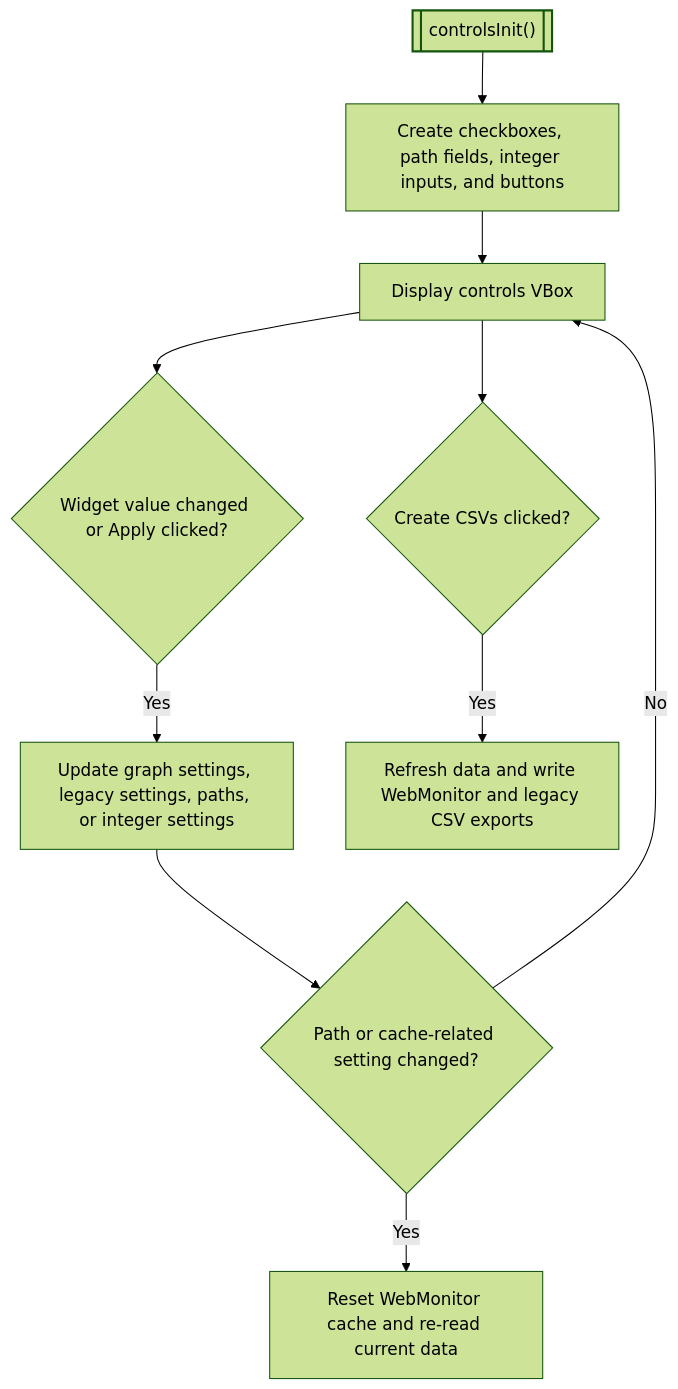
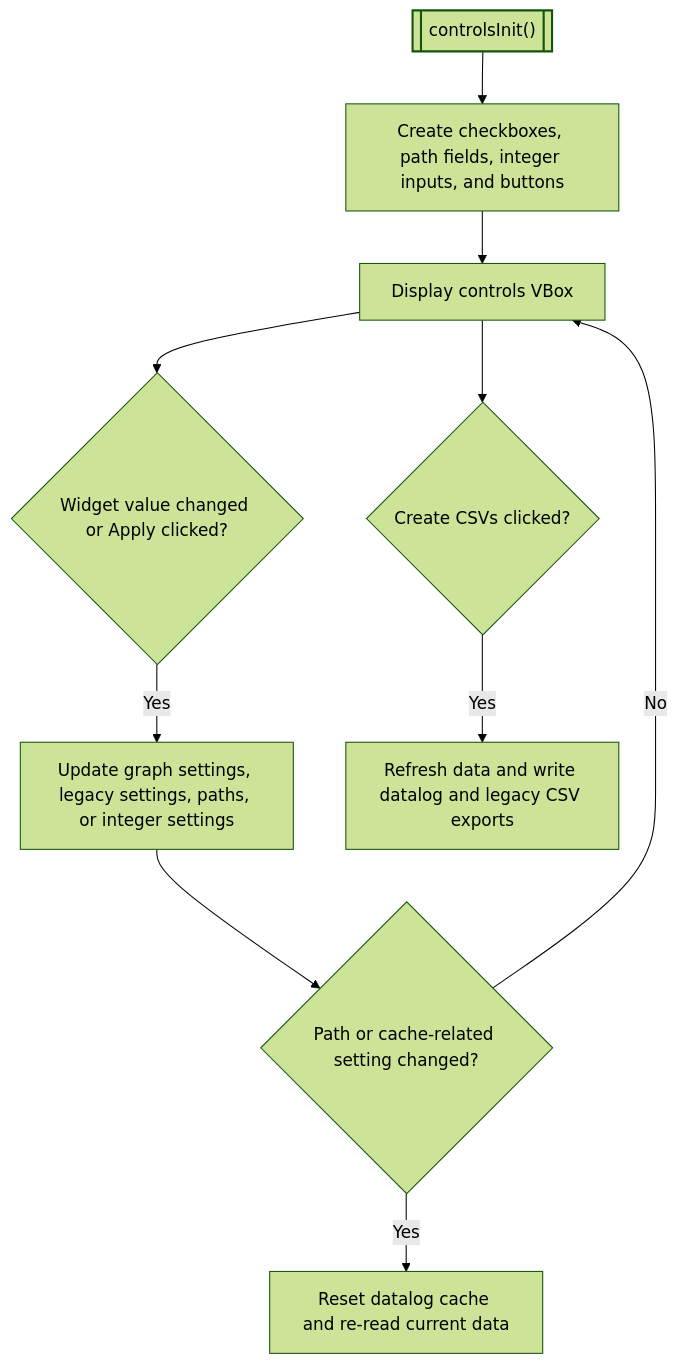
The third of 4 diagrams in README.md (uw-loci/cbmark_logger), drawn with Mermaid (forest theme) before and after one commit. The commit also changed other lines of this file and 2 other files, not shown here.

Commit message:
Changed all webmonitor references to be datalog references

````diff
--- a/README.md
+++ b/README.md
@@ -271,29 +271,29 @@
 ```mermaid
 flowchart TD
     
     ControlsTitle[["controlsInit()"]]
     BuildControls[Create checkboxes, path fields, integer inputs, and buttons]
     WidgetChange{Widget value changed or Apply clicked?}
     UpdateSettings[Update graph settings, legacy settings, paths, or integer settings]
     NeedsReload{Path or cache-related setting changed?}
-    ReRead[Reset WebMonitor cache and re-read current data]
+    ReRead[Reset datalog cache and re-read current data]
     CsvClick{Create CSVs clicked?}
-    ExportCsv[Refresh data and write WebMonitor and legacy CSV exports]
+    ExportCsv[Refresh data and write datalog and legacy CSV exports]
     DisplayControls[Display controls VBox]
 
     ControlsTitle --> BuildControls
     BuildControls --> DisplayControls
     DisplayControls --> WidgetChange
     WidgetChange -- Yes --> UpdateSettings
     UpdateSettings --> NeedsReload
     NeedsReload -- Yes --> ReRead
     NeedsReload -- No --> DisplayControls
     DisplayControls --> CsvClick
     CsvClick -- Yes --> ExportCsv
     
 
     classDef functionGroup stroke-width:1px,stroke-dasharray:5 5
     class Controls functionGroup
     classDef functionTitle stroke-width:2px
     class ControlsTitle functionTitle
 ```
````
